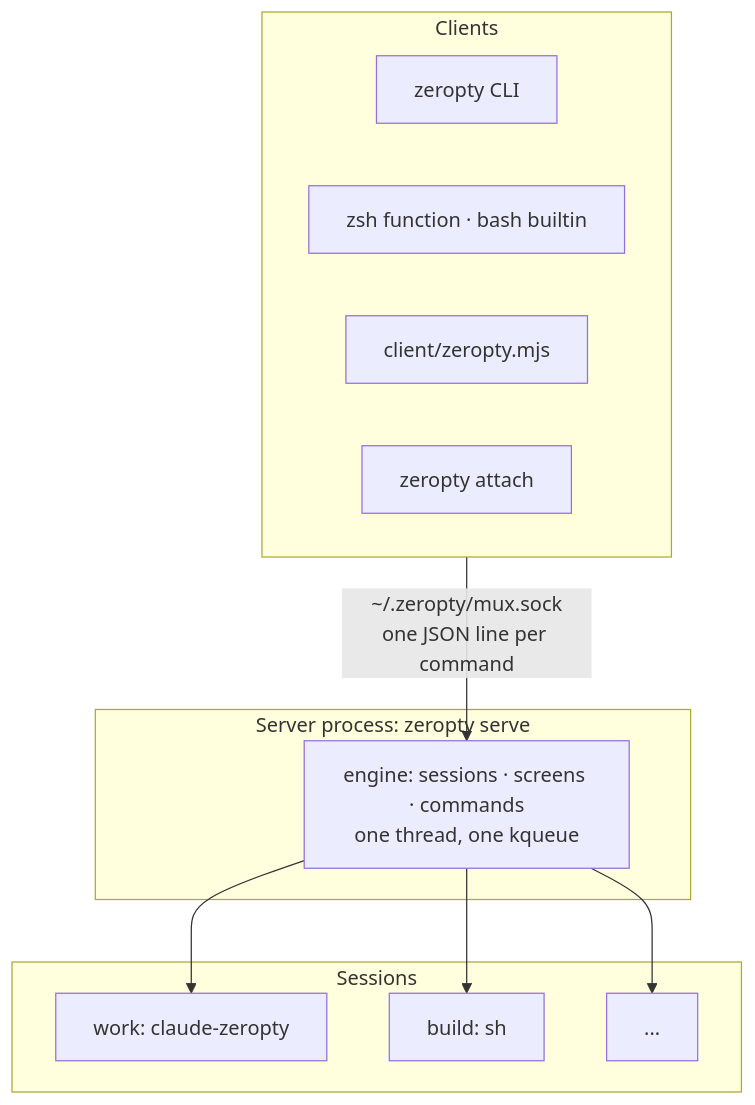
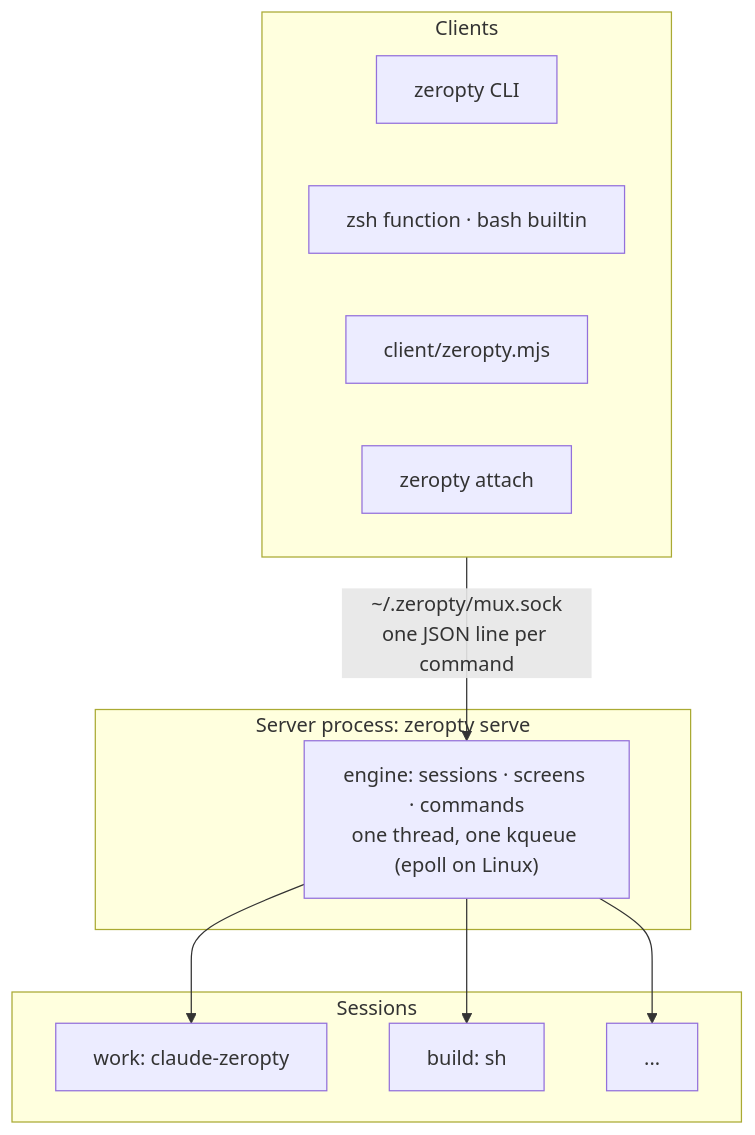
Before and after one commit to CreatiCoding/zeropty: the diagram in website/src/guide/concepts/sessions.md, drawn with Mermaid. The commit also changed other lines of this file and 19 other files, not shown here.

````diff
--- a/website/src/guide/concepts/sessions.md
+++ b/website/src/guide/concepts/sessions.md
@@ -9,21 +9,21 @@
 ```mermaid
 flowchart TB
   subgraph clients["Clients"]
     cli["zeropty CLI"]
     sh["zsh function · bash builtin"]
     node["client/zeropty.mjs"]
     att["zeropty attach"]
   end
   subgraph server["Server process: zeropty serve"]
-    eng["engine: sessions · screens · commands<br/>one thread, one kqueue"]
+    eng["engine: sessions · screens · commands<br/>one thread, one kqueue (epoll on Linux)"]
   end
   subgraph sessions["Sessions"]
     s1["work: claude-zeropty"]
     s2["build: sh"]
     s3["..."]
   end
   clients -->|"~/.zeropty/mux.sock<br/>one JSON line per command"| eng
   eng --> s1
   eng --> s2
   eng --> s3
 ```
````
